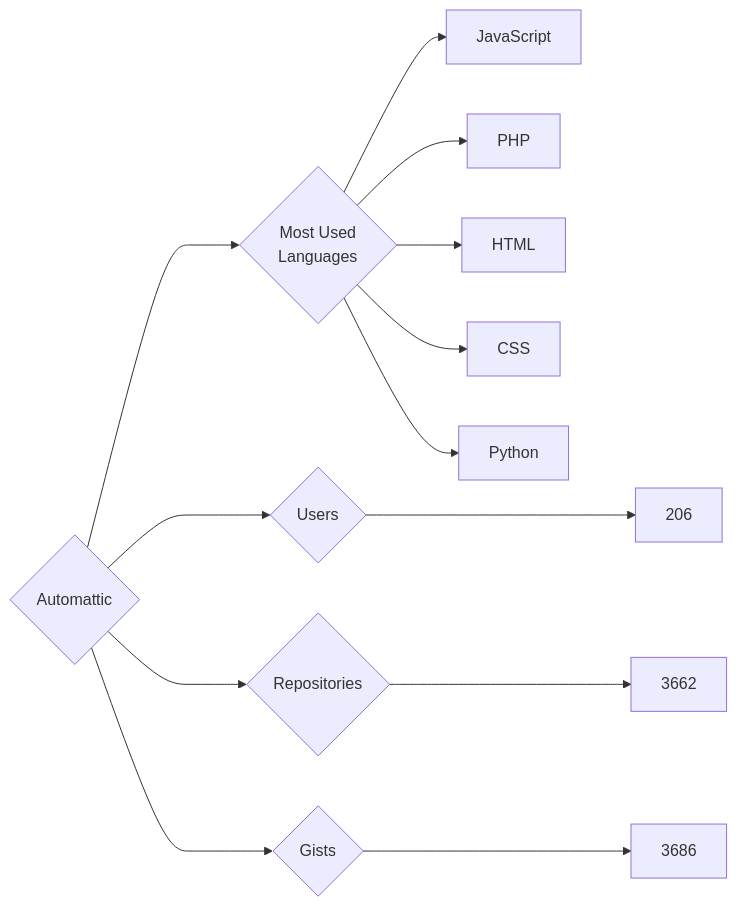
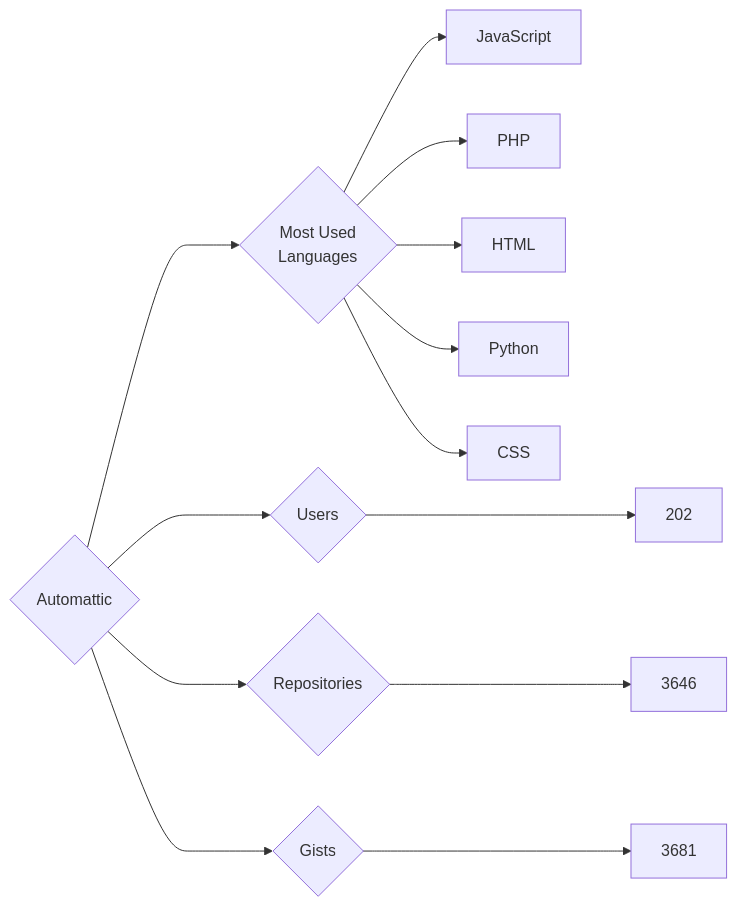
Before and after one commit to trickest/insiders: the diagram in targets/Automattic/README.md, drawn with Mermaid. The commit also changed 644 other files, not shown here.

````diff
--- a/targets/Automattic/README.md
+++ b/targets/Automattic/README.md
@@ -3,13 +3,13 @@
 ```mermaid
 graph LR
 COMPANY_NAME{Automattic}
-COMPANY_NAME ---> U{Users} ---> UN[206]
-COMPANY_NAME ---> R{Repositories} ---> RN[3662]
-COMPANY_NAME ---> G{Gists} ---> GN[3686]
+COMPANY_NAME ---> U{Users} ---> UN[202]
+COMPANY_NAME ---> R{Repositories} ---> RN[3646]
+COMPANY_NAME ---> G{Gists} ---> GN[3681]
 COMPANY_NAME ---> ML{Most Used<br>Languages}
 ML --> JavaScript[JavaScript]
 ML --> PHP[PHP]
 ML --> HTML[HTML]
+ML --> Python[Python]
 ML --> CSS[CSS]
-ML --> Python[Python]
 ```
````
